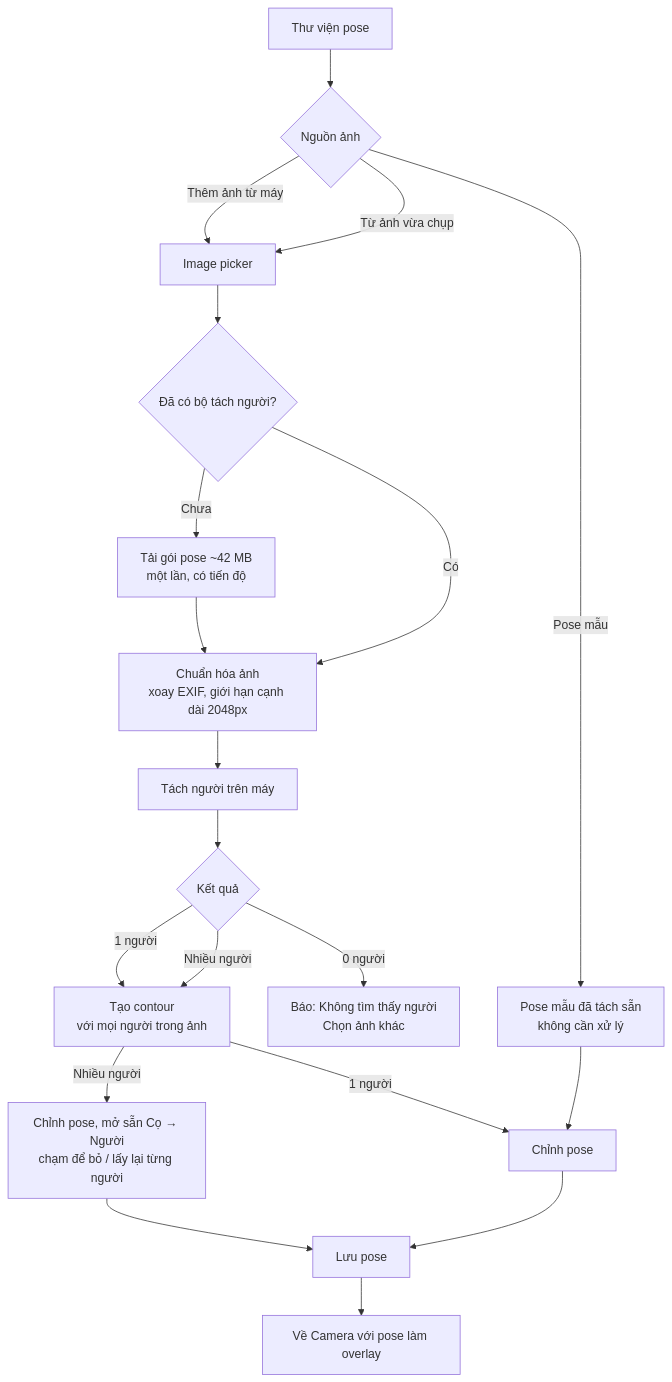
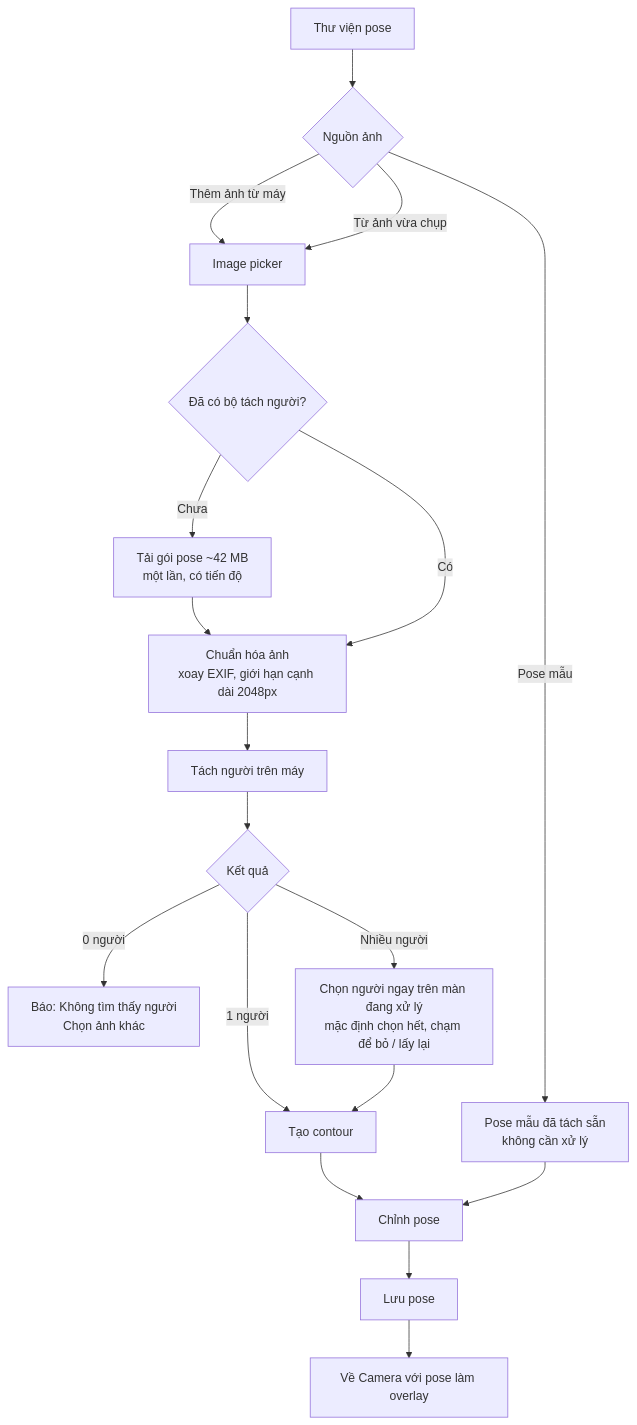
One commit to tktnq2004/TakeASnap changed the third of 7 diagrams in docs/business-flow.md. Above: the diagram before and after it, drawn with Mermaid. The commit also changed other lines of this file and 15 other files, not shown here.

First line of the commit message:
feat(library): chọn người ngay trên màn đang xử lý, bỏ chế độ Người trong Cọ

````diff
--- a/docs/business-flow.md
+++ b/docs/business-flow.md
@@ -156,22 +156,21 @@
 ```mermaid
 flowchart TD
     A[Thư viện pose] --> B{Nguồn ảnh}
     B -- "Thêm ảnh từ máy" --> P[Image picker]
     B -- "Pose mẫu" --> S[Pose mẫu đã tách sẵn<br/>không cần xử lý]
     B -- "Từ ảnh vừa chụp" --> P
     P --> DL{Đã có bộ tách người?}
     DL -- "Chưa" --> DLG[Tải gói pose ~42 MB<br/>một lần, có tiến độ]
     DLG --> Q
     DL -- "Có" --> Q[Chuẩn hóa ảnh<br/>xoay EXIF, giới hạn cạnh dài 2048px]
     Q --> R[Tách người trên máy]
     R --> D{Kết quả}
     D -- "0 người" --> E1[Báo: Không tìm thấy người<br/>Chọn ảnh khác]
-    D -- "1 người" --> CT[Tạo contour<br/>với mọi người trong ảnh]
-    D -- "Nhiều người" --> CT
-    CT -- "1 người" --> ED[Chỉnh pose]
-    CT -- "Nhiều người" --> EDP[Chỉnh pose, mở sẵn Cọ → Người<br/>chạm để bỏ / lấy lại từng người]
-    EDP --> SV
+    D -- "1 người" --> CT[Tạo contour]
+    D -- "Nhiều người" --> M[Chọn người ngay trên màn đang xử lý<br/>mặc định chọn hết, chạm để bỏ / lấy lại]
+    M --> CT
+    CT --> ED[Chỉnh pose]
     S --> ED
     ED --> SV[Lưu pose]
     SV --> CAM[Về Camera với pose làm overlay]
 ```
````
